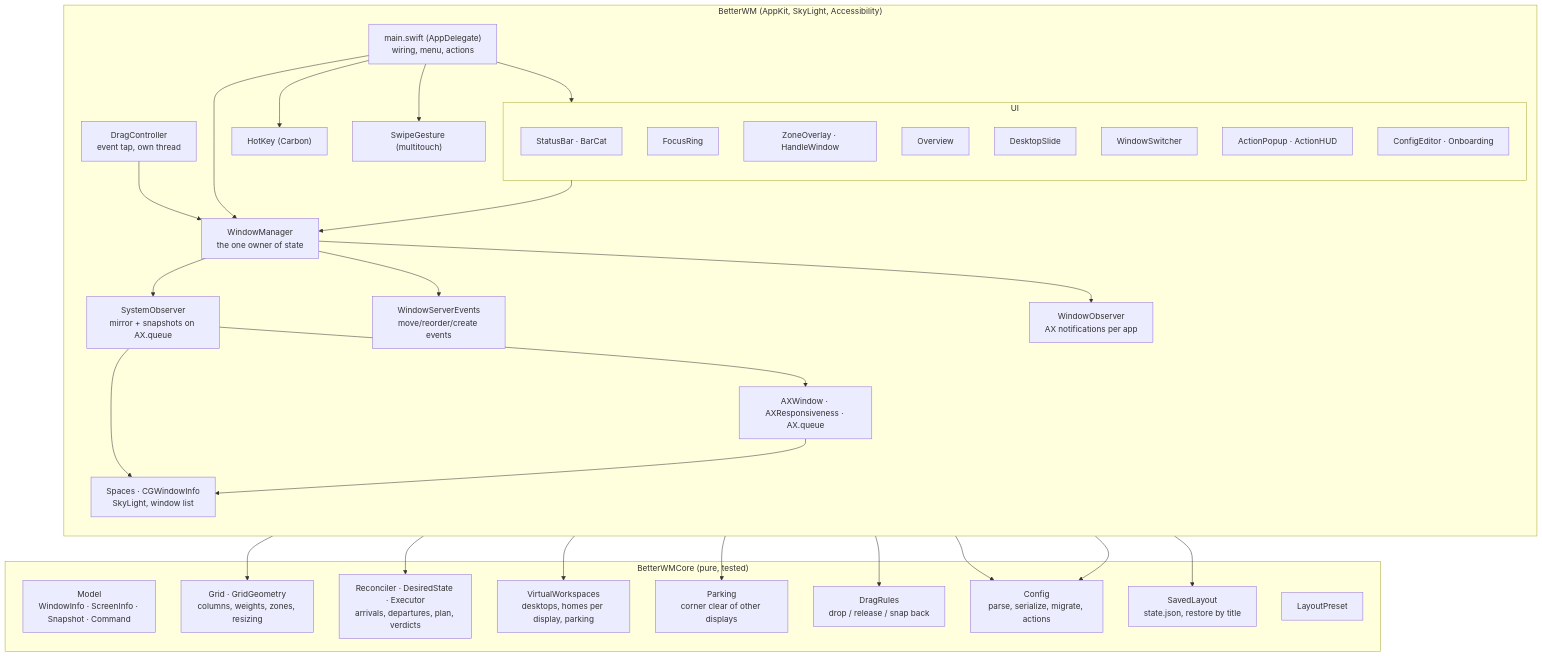
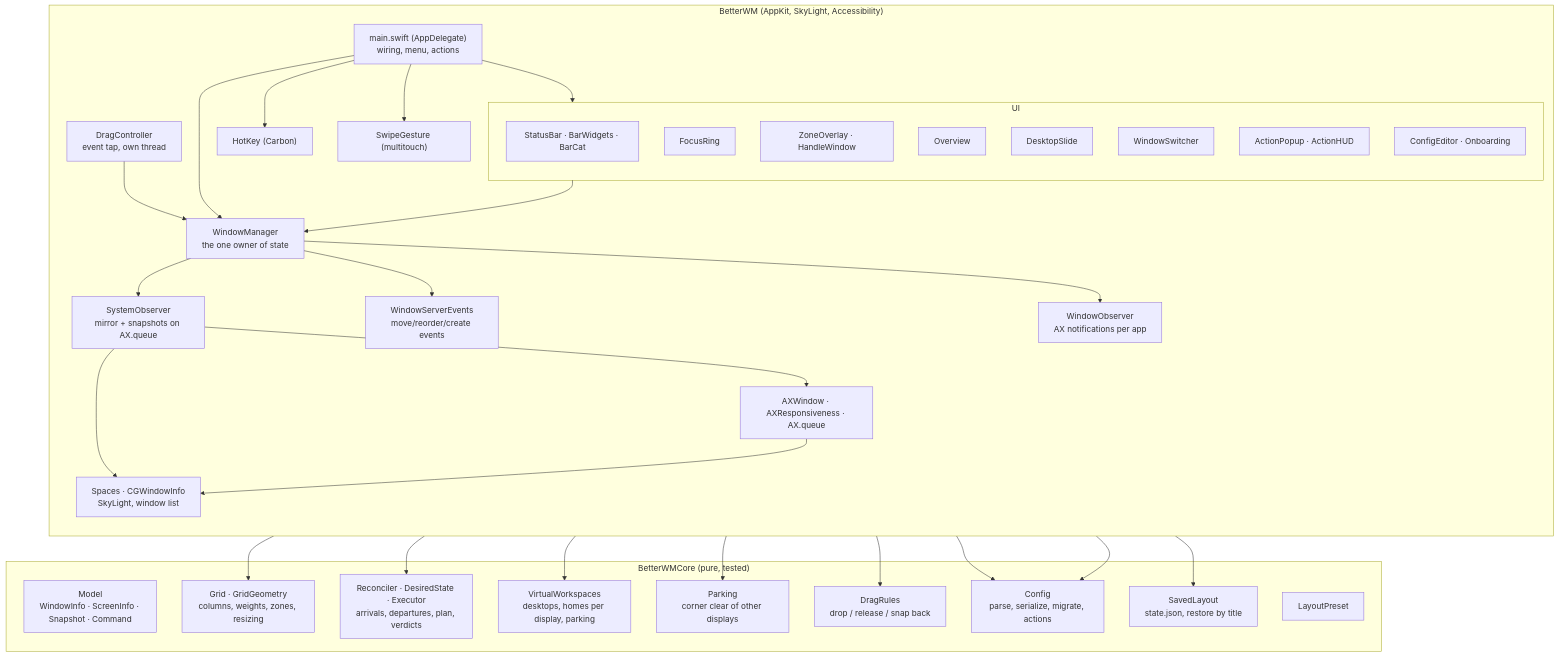
Before and after one commit to nanot1m/better-win-manager: the first of 6 diagrams in docs/architecture.md, drawn with Mermaid. The commit also changed 5 other files, not shown here.

Commit message:
Status bar right side as a list of widgets, each owning its data source and views; plan for the rest in docs/plans

````diff
--- a/docs/architecture.md
+++ b/docs/architecture.md
@@ -9,59 +9,59 @@
 ```mermaid
 flowchart TB
     subgraph Core["BetterWMCore (pure, tested)"]
         Model["Model<br/>WindowInfo · ScreenInfo · Snapshot · Command"]
         Grid["Grid · GridGeometry<br/>columns, weights, zones, resizing"]
         Reconciler["Reconciler · DesiredState · Executor<br/>arrivals, departures, plan, verdicts"]
         VW["VirtualWorkspaces<br/>desktops, homes per display, parking"]
         Parking["Parking<br/>corner clear of other displays"]
         DragRules["DragRules<br/>drop / release / snap back"]
         Config["Config<br/>parse, serialize, migrate, actions"]
         Persistence["SavedLayout<br/>state.json, restore by title"]
         Presets["LayoutPreset"]
     end
 
     subgraph App["BetterWM (AppKit, SkyLight, Accessibility)"]
         direction TB
         WM["WindowManager<br/>the one owner of state"]
         SO["SystemObserver<br/>mirror + snapshots on AX.queue"]
         AX["AXWindow · AXResponsiveness · AX.queue"]
         Spaces["Spaces · CGWindowInfo<br/>SkyLight, window list"]
         WSE["WindowServerEvents<br/>move/reorder/create events"]
         WO["WindowObserver<br/>AX notifications per app"]
         Drag["DragController<br/>event tap, own thread"]
         HotKey["HotKey (Carbon)"]
         Gestures["SwipeGesture (multitouch)"]
         subgraph UI["UI"]
-            Bar["StatusBar · BarCat"]
+            Bar["StatusBar · BarWidgets · BarCat"]
             Ring["FocusRing"]
             Overlay["ZoneOverlay · HandleWindow"]
             Overview["Overview"]
             Slide["DesktopSlide"]
             Switcher["WindowSwitcher"]
             Popup["ActionPopup · ActionHUD"]
             Settings["ConfigEditor · Onboarding"]
         end
         Main["main.swift (AppDelegate)<br/>wiring, menu, actions"]
     end
 
     WM --> Reconciler
     WM --> VW
     WM --> Grid
     WM --> Persistence
     WM --> Parking
     WM --> SO
     SO --> AX
     SO --> Spaces
     AX --> Spaces
     WM --> WSE
     WM --> WO
     Drag --> DragRules
     Drag --> WM
     Main --> WM
     Main --> HotKey
     Main --> Gestures
     Main --> UI
     UI --> WM
     Settings --> Config
     WM --> Config
 ```
````
